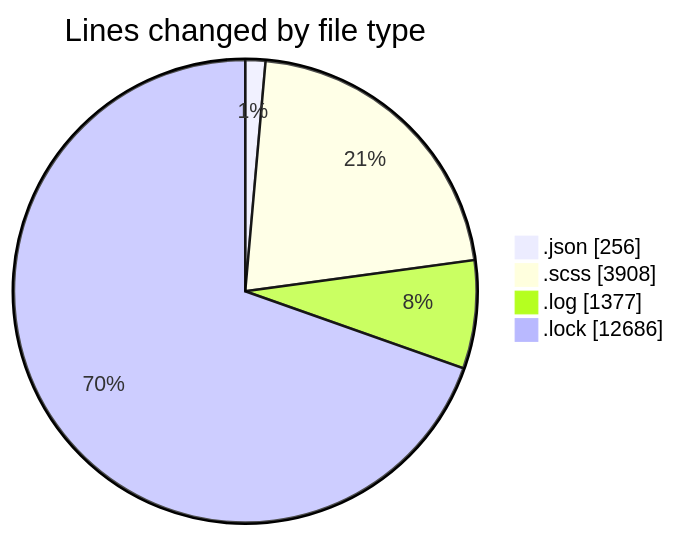
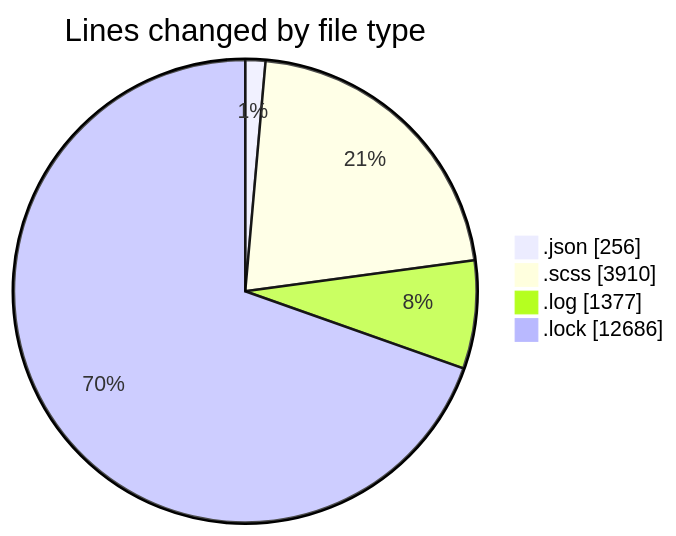
The first of 2 diagrams in 2026-01-22/cda/README.md (momahboobian/code-tracking), drawn with Mermaid before and after one commit. The commit also changed other lines of this file and 1 other file, not shown here.

````diff
--- a/2026-01-22/cda/README.md
+++ b/2026-01-22/cda/README.md
@@ -53,8 +53,8 @@
 ```mermaid
 pie showData
 title Lines changed by file type
 ".json" : 256
-".scss" : 3908
+".scss" : 3910
 ".log" : 1377
 ".lock" : 12686
 ```
````
